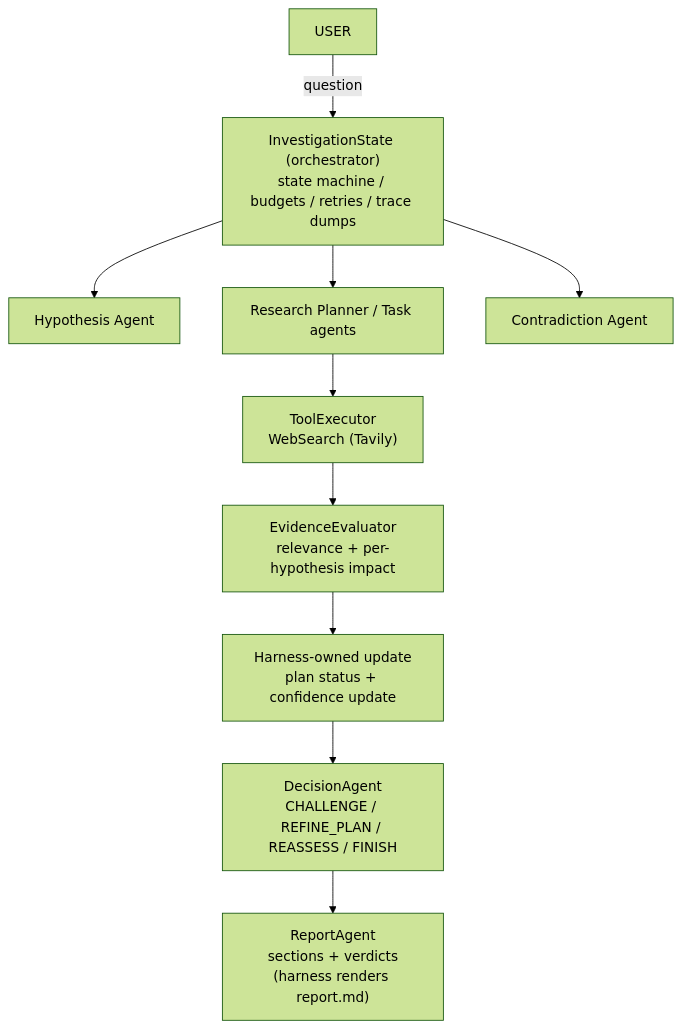
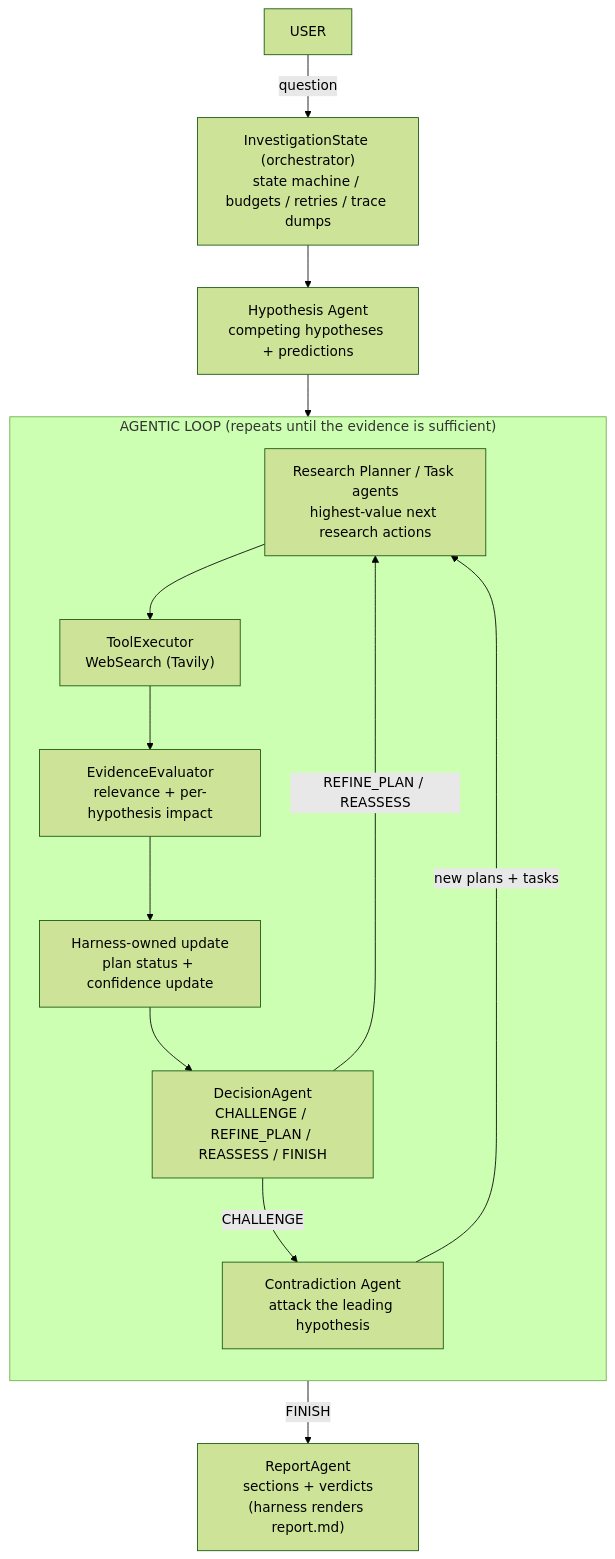
Before and after one commit to thatgeeman/wargs: the first of 3 diagrams in architecture.md, drawn with Mermaid (forest theme). The commit also changed other lines of this file, not shown here.

Commit message:
highlight the agentic loop in the high-level architecture diagram

````diff
--- a/architecture.md
+++ b/architecture.md
@@ -29,12 +29,19 @@
 ```mermaid
 flowchart TD
     USER -->|question| ORCH["InvestigationState (orchestrator)<br/>state machine / budgets / retries / trace dumps"]
-    ORCH --> HYP["Hypothesis Agent"]
-    ORCH --> PLAN["Research Planner / Task agents"]
-    ORCH --> CONTRA["Contradiction Agent"]
-    PLAN --> EXEC["ToolExecutor<br/>WebSearch (Tavily)"]
-    EXEC --> EVAL["EvidenceEvaluator<br/>relevance + per-hypothesis impact"]
-    EVAL --> UPDATE["Harness-owned update<br/>plan status + confidence update"]
-    UPDATE --> DECIDE["DecisionAgent<br/>CHALLENGE / REFINE_PLAN / REASSESS / FINISH"]
-    DECIDE --> REPORT["ReportAgent<br/>sections + verdicts<br/>(harness renders report.md)"]
+    ORCH --> HYP["Hypothesis Agent<br/>competing hypotheses + predictions"]
+    HYP --> PLAN["Research Planner / Task agents<br/>highest-value next research actions"]
+
+    subgraph LOOP["AGENTIC LOOP (repeats until the evidence is sufficient)"]
+        direction TB
+        PLAN --> EXEC["ToolExecutor<br/>WebSearch (Tavily)"]
+        EXEC --> EVAL["EvidenceEvaluator<br/>relevance + per-hypothesis impact"]
+        EVAL --> UPDATE["Harness-owned update<br/>plan status + confidence update"]
+        UPDATE --> DECIDE["DecisionAgent<br/>CHALLENGE / REFINE_PLAN / REASSESS / FINISH"]
+        DECIDE -->|CHALLENGE| CONTRA["Contradiction Agent<br/>attack the leading hypothesis"]
+        CONTRA -->|new plans + tasks| PLAN
+        DECIDE -->|REFINE_PLAN / REASSESS| PLAN
+    end
+
+    DECIDE -->|FINISH| REPORT["ReportAgent<br/>sections + verdicts<br/>(harness renders report.md)"]
 ```
````
